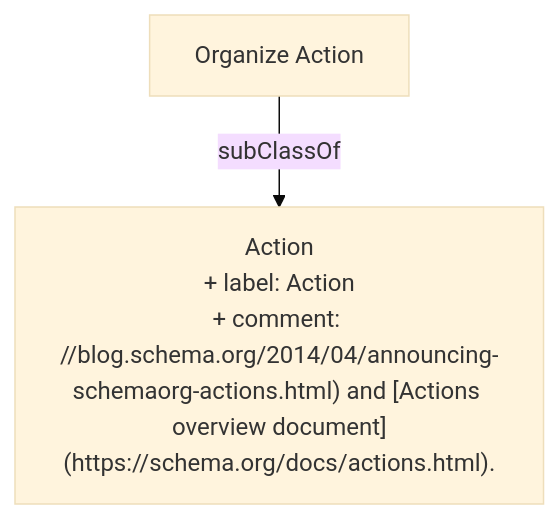
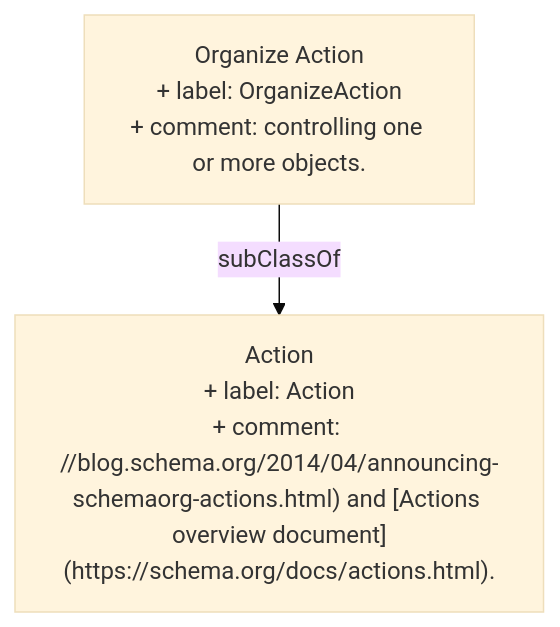
One commit to heidingaway/heidi2 changed the diagram in content/schema/OrganizeAction.md. Above: the diagram before and after it, drawn with Mermaid (base theme). The commit also changed other lines of this file and 512 other files, not shown here.

````diff
--- a/content/schema/OrganizeAction.md
+++ b/content/schema/OrganizeAction.md
@@ -28,6 +28,6 @@
 ```mermaid
 graph TD
-  Organize_Action["Organize Action"]:::current-page-node
+  Organize_Action["Organize Action<br>+ label: OrganizeAction<br>+ comment: controlling one or more objects."]:::current-page-node
   Action["Action<br>+ label: Action<br>+ comment: //blog.schema.org/2014/04/announcing-schemaorg-actions.html) and [Actions overview document](https://schema.org/docs/actions.html)."]
   Organize_Action-->|" subClassOf "|Action
 ```
````
